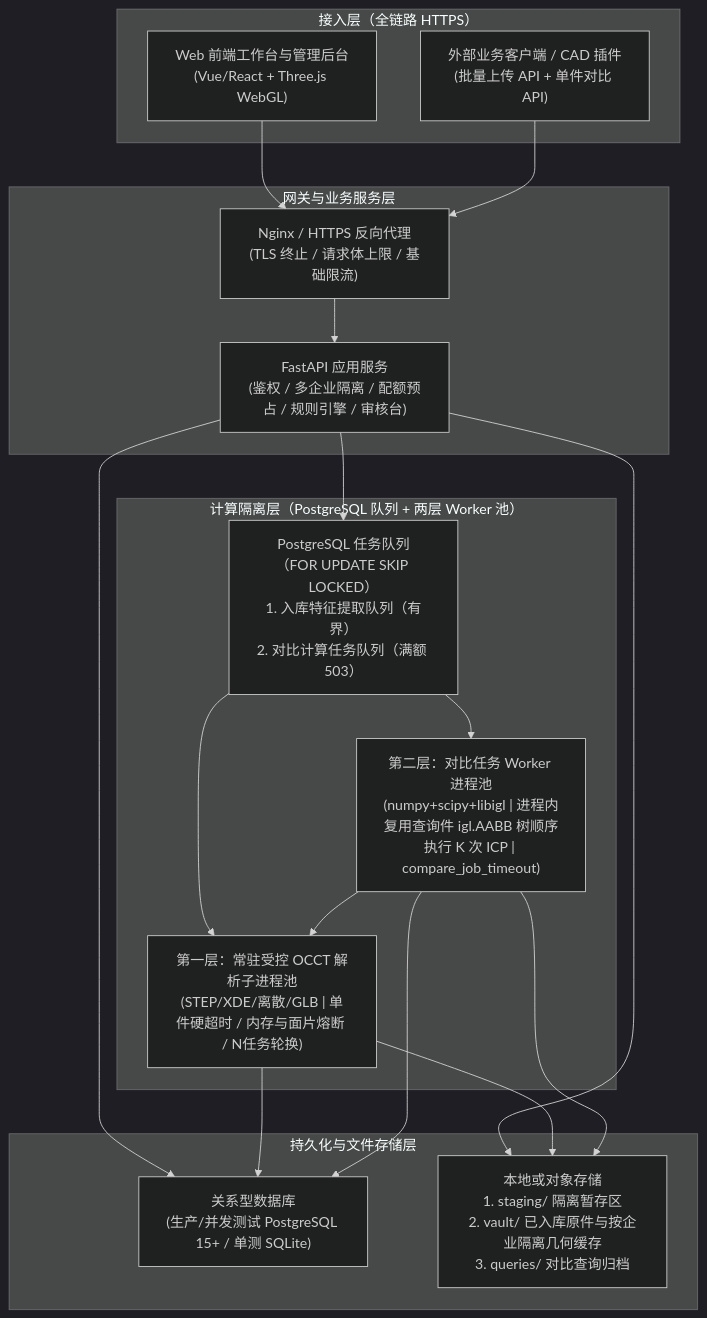
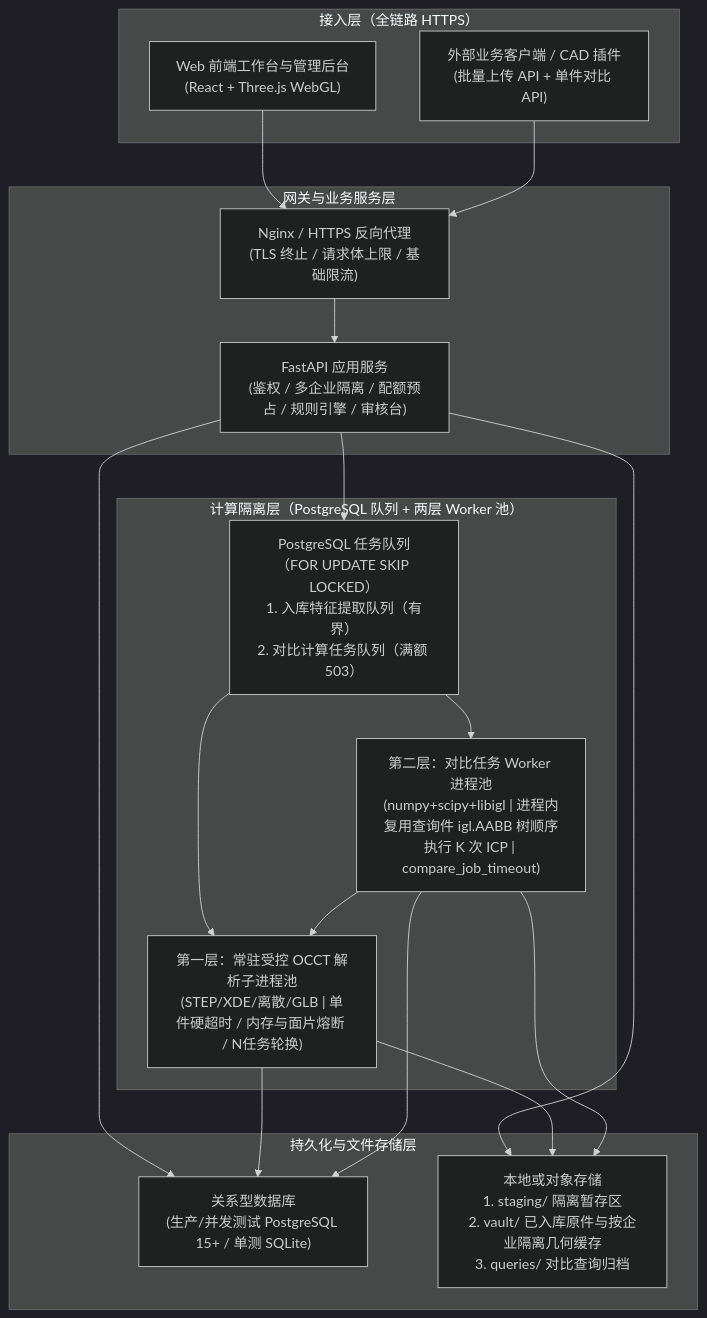
The first of 2 diagrams in Docs/STEP模型相似度对比与检索系统详细开发设计文档.md (yxiaojiang/StepModelCompare), drawn with Mermaid (dark theme) before and after one commit. The commit also changed other lines of this file and 39 other files, not shown here.

````diff
--- a/Docs/STEP模型相似度对比与检索系统详细开发设计文档.md
+++ b/Docs/STEP模型相似度对比与检索系统详细开发设计文档.md
@@ -46,37 +46,37 @@
 ```mermaid
 flowchart TB
     subgraph Clients["接入层（全链路 HTTPS）"]
-        WebUI["Web 前端工作台与管理后台\n(Vue/React + Three.js WebGL)"]
+        WebUI["Web 前端工作台与管理后台\n(React + Three.js WebGL)"]
         ExtClient["外部业务客户端 / CAD 插件\n(批量上传 API + 单件对比 API)"]
     end
 
     subgraph Gateway["网关与业务服务层"]
         Nginx["Nginx / HTTPS 反向代理\n(TLS 终止 / 请求体上限 / 基础限流)"]
         API["FastAPI 应用服务\n(鉴权 / 多企业隔离 / 配额预占 / 规则引擎 / 审核台)"]
     end
 
     subgraph Workers["计算隔离层（PostgreSQL 队列 + 两层 Worker 池）"]
         Queue["PostgreSQL 任务队列（FOR UPDATE SKIP LOCKED）\n1. 入库特征提取队列（有界）\n2. 对比计算任务队列（满额 503）"]
         OCCTPool["第一层：常驻受控 OCCT 解析子进程池\n(STEP/XDE/离散/GLB | 单件硬超时 / 内存与面片熔断 / N任务轮换)"]
         CompareWorker["第二层：对比任务 Worker 进程池\n(numpy+scipy+libigl | 进程内复用查询件 igl.AABB 树顺序执行 K 次 ICP | compare_job_timeout)"]
     end
 
     subgraph Storage["持久化与文件存储层"]
         DB["关系型数据库\n(生产/并发测试 PostgreSQL 15+ / 单测 SQLite)"]
         FS["本地或对象存储\n1. staging/ 隔离暂存区\n2. vault/ 已入库原件与按企业隔离几何缓存\n3. queries/ 对比查询归档"]
     end
 
     WebUI --> Nginx
     ExtClient --> Nginx
     Nginx --> API
     API --> DB
     API --> FS
     API --> Queue
     Queue --> OCCTPool
     Queue --> CompareWorker
     CompareWorker --> OCCTPool
     OCCTPool --> DB
     OCCTPool --> FS
     CompareWorker --> DB
     CompareWorker --> FS
 ```
````
